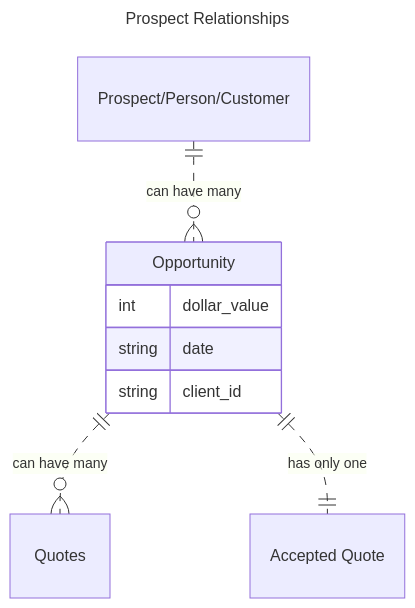
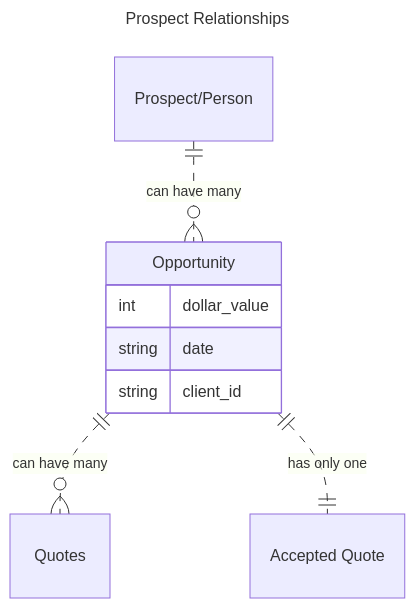
One commit to kazMcLamore/Infinity-Integration changed the diagram in Guide.md. Above: the diagram before and after it, drawn with Mermaid. The commit also changed other lines of this file, not shown here.

````diff
--- a/Guide.md
+++ b/Guide.md
@@ -15,15 +17,15 @@
 ```mermaid
 ---
 title: Prospect Relationships
 ---
 
 erDiagram
-          "Prospect/Person/Customer" ||..o{ Opportunity : "can have many"
+          "Prospect/Person" ||..o{ Opportunity : "can have many"
           Opportunity ||..o{ Quotes : "can have many"
           Opportunity ||..|| "Accepted Quote" : "has only one"
           Opportunity {
 	          int dollar_value
 	          string date
 	          string client_id
           }
 ```
````
